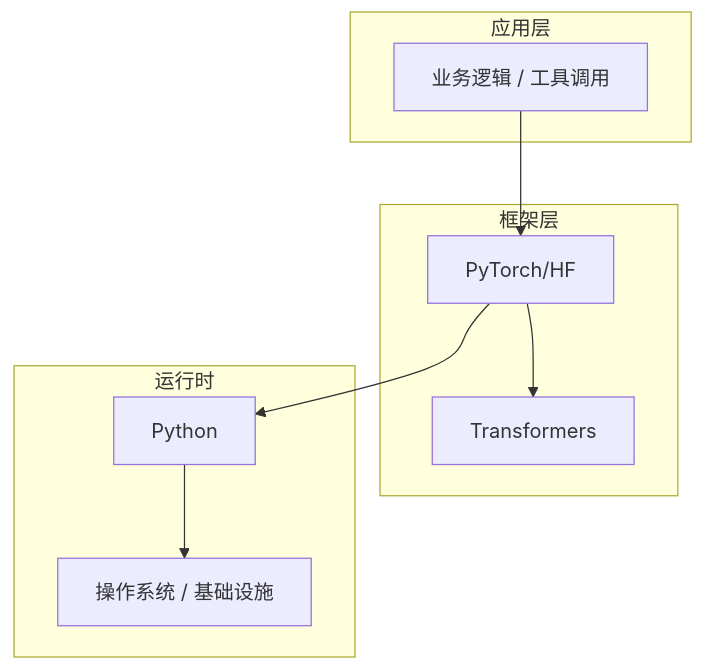
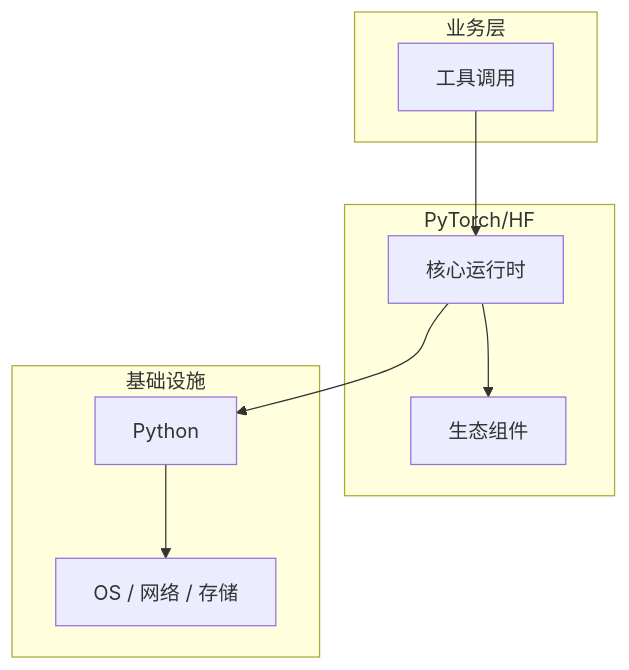
Before and after one commit to yanggan2015/knowledge-json-v2: the diagram in articles/大语言模型/chapters/095-工具调用核心概念与原理.md, drawn with Mermaid. The commit also changed other lines of this file and 10127 other files, not shown here.

````diff
--- a/articles/大语言模型/chapters/095-工具调用核心概念与原理.md
+++ b/articles/大语言模型/chapters/095-工具调用核心概念与原理.md
@@ -45,18 +30,18 @@
 ```mermaid
 graph TB
-    subgraph 应用层
-        A[业务逻辑 / 工具调用]
+    subgraph 业务层
+        A[工具调用]
     end
-    subgraph 框架层
-        B[PyTorch/HF]
-        C[Transformers]
+    subgraph PyTorch/HF
+        B[核心运行时]
+        C[生态组件]
     end
-    subgraph 运行时
+    subgraph 基础设施
         D[Python]
-        E[操作系统 / 基础设施]
+        E[OS / 网络 / 存储]
     end
     A --> B
     B --> C
     B --> D
     D --> E
 ```
````
